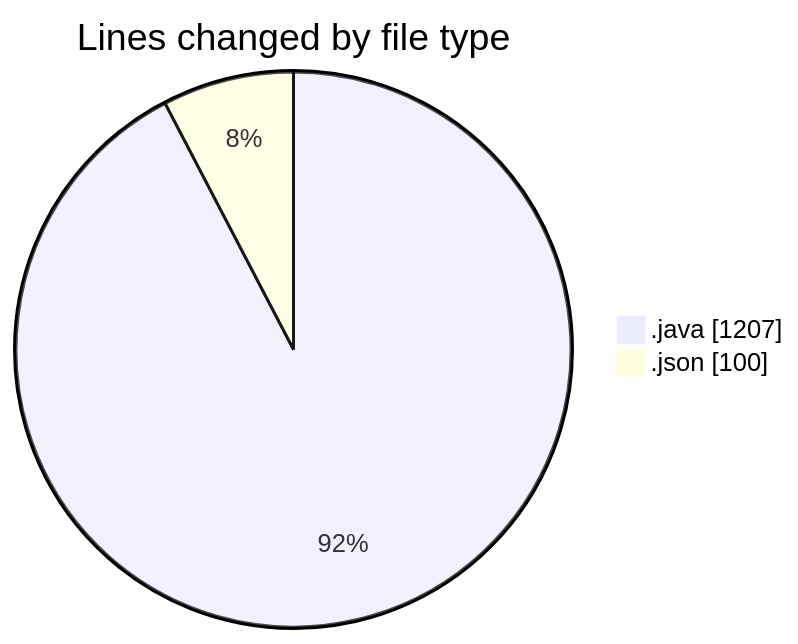
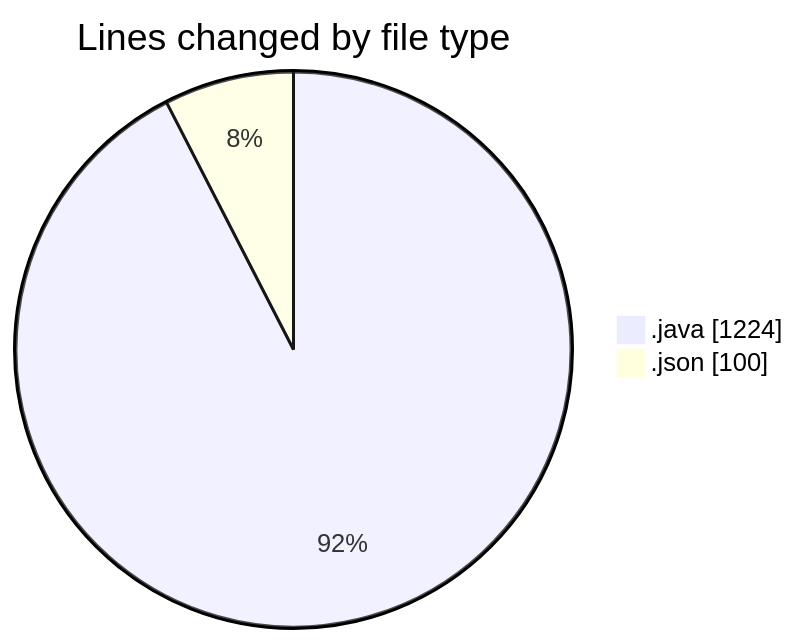
One commit to ricardozamudiocil/code-tracking changed the first of 2 diagrams in 2026-05-12/cilapp/README.md. Above: the diagram before and after it, drawn with Mermaid. The commit also changed other lines of this file and 1 other file, not shown here.

````diff
--- a/2026-05-12/cilapp/README.md
+++ b/2026-05-12/cilapp/README.md
@@ -27,6 +27,6 @@
 ```mermaid
 pie showData
 title Lines changed by file type
-".java" : 1207
+".java" : 1224
 ".json" : 100
 ```
````
